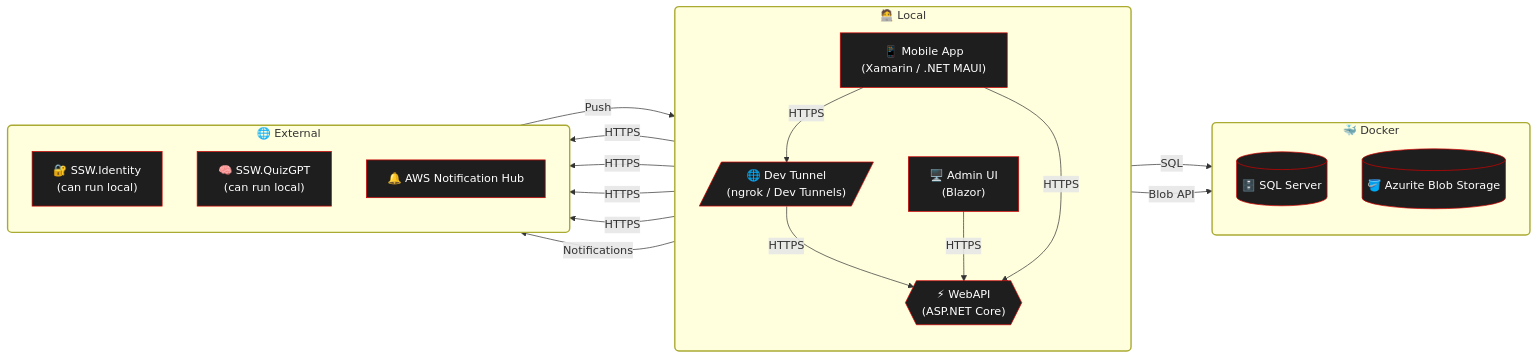
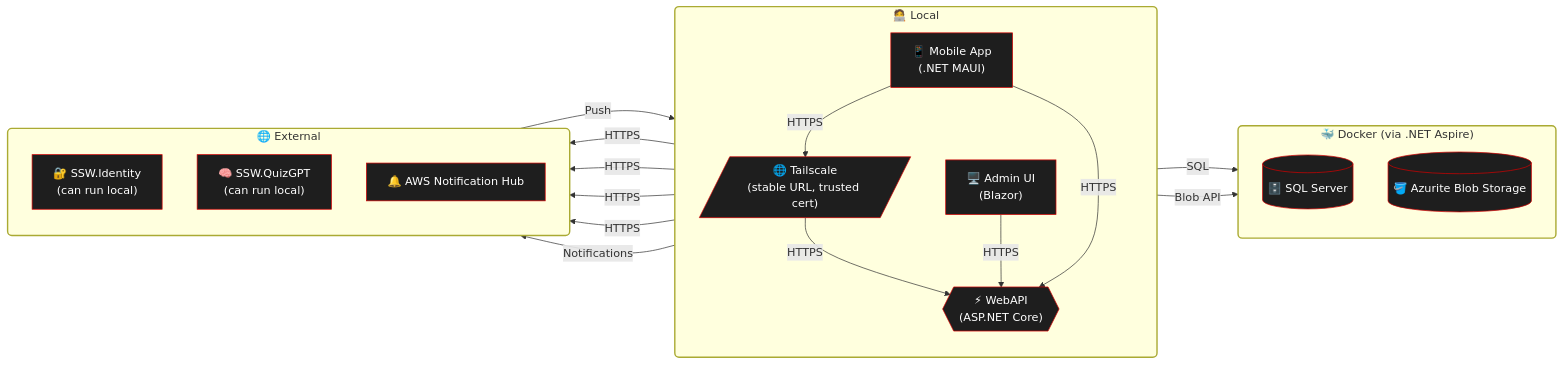
The diagram in _docs/Instructions-Compile.md (SSWConsulting/SSW.Rewards.Mobile), drawn with Mermaid before and after one commit. The commit also changed other lines of this file and 4 other files, not shown here.

First line of the commit message:
📝 Docs | Update local-dev docs for the Aspire workflow

````diff
--- a/_docs/Instructions-Compile.md
+++ b/_docs/Instructions-Compile.md
@@ -7,72 +12,72 @@
 ```mermaid
 %%──────────────────────────────────────────────────────────
 %%  SSW-red on charcoal  – same layout as your first diagram
 %%──────────────────────────────────────────────────────────
 %%{ init: {
       "theme":"base",
       "darkMode":true,                  /* custom colours win   */
       "themeVariables":{
         "fontSize":"15px",
         "fontFamily":"Inter, Segoe UI, sans-serif",
 
         /* red accents */
         "lineColor":"#d50000",
         "arrowheadColor":"#d50000",
         "clusterBorder":"#d50000",
 
         /* link label colour (edge text) */
         "tertiaryTextColor":"#cccccc"
       },
       "themeCSS":".node rect, .node polygon, .cluster rect { filter:none !important; }",
       "flowchart":{ "curve":"basis" }
 }%%
 
 flowchart LR
 
 %%──────────────────── Local ────────────────────
 subgraph Local["🧑‍💻 Local"]
   direction TB
-  MobileApp["📱 Mobile App<br/>(Xamarin / .NET&nbsp;MAUI)"]
-  DevTunnel[/"🌐 Dev Tunnel<br/>(ngrok / Dev Tunnels)"/]
+  MobileApp["📱 Mobile App<br/>(.NET&nbsp;MAUI)"]
+  DevTunnel[/"🌐 Tailscale<br/>(stable URL, trusted cert)"/]
   AdminUI["🖥️ Admin UI<br/>(Blazor)"]
   WebAPI{{"⚡ WebAPI<br/>(ASP.NET Core)"}}
 
   MobileApp -- HTTPS --> DevTunnel
   DevTunnel -- HTTPS --> WebAPI
   AdminUI  -- HTTPS --> WebAPI
 end
 
 %%──────────────────── Docker ───────────────────
-subgraph Docker["🐳 Docker"]
+subgraph Docker["🐳 Docker (via .NET Aspire)"]
   direction TB
   SQLServer[("🗄️ SQL Server")]
   Azurite[("🪣 Azurite Blob Storage")]
 
   WebAPI -- SQL --> SQLServer
   WebAPI -- "Blob API" --> Azurite
 end
 
 %%────────────────── External ───────────────────
 subgraph External["🌐 External"]
   direction TB
   SSWIdentity["🔐 SSW.Identity<br/>(can run local)"]
   SSWQuizGPT["🧠 SSW.QuizGPT<br/>(can run local)"]
   NotificationHub["🔔 AWS Notification Hub"]
 
   WebAPI    -- HTTPS         --> SSWQuizGPT
   WebAPI    -- HTTPS         --> SSWIdentity
   AdminUI   -- HTTPS         --> SSWIdentity
   MobileApp -- HTTPS         --> WebAPI
   MobileApp -- HTTPS         --> SSWIdentity
 
   WebAPI    -- Notifications --> NotificationHub
   NotificationHub -- Push    --> MobileApp
 end
 
 %%────────────────── Styling ────────────────────
 classDef clusterStyle stroke-width:2,rx:6,ry:6;
 classDef service fill:#1e1e1e,stroke:#d50000,stroke-width:1,color:#ffffff;
 
 class Local,Docker,External clusterStyle;
 class MobileApp,DevTunnel,AdminUI,WebAPI,SQLServer,Azurite,SSWIdentity,SSWQuizGPT,NotificationHub service;
 ```
````
